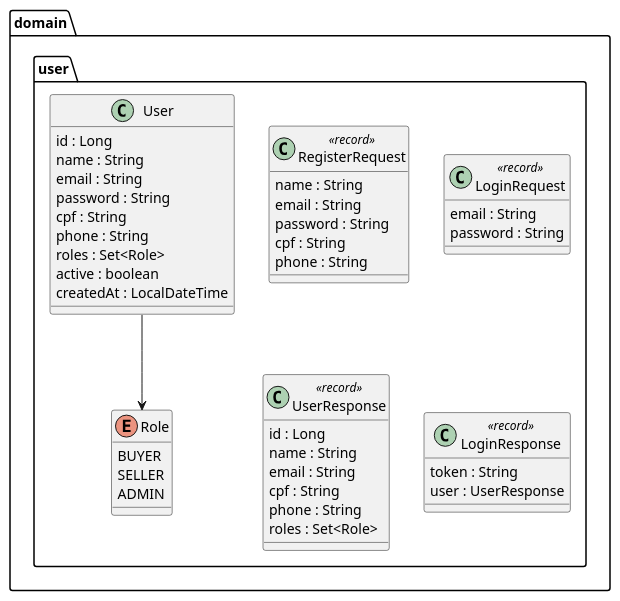
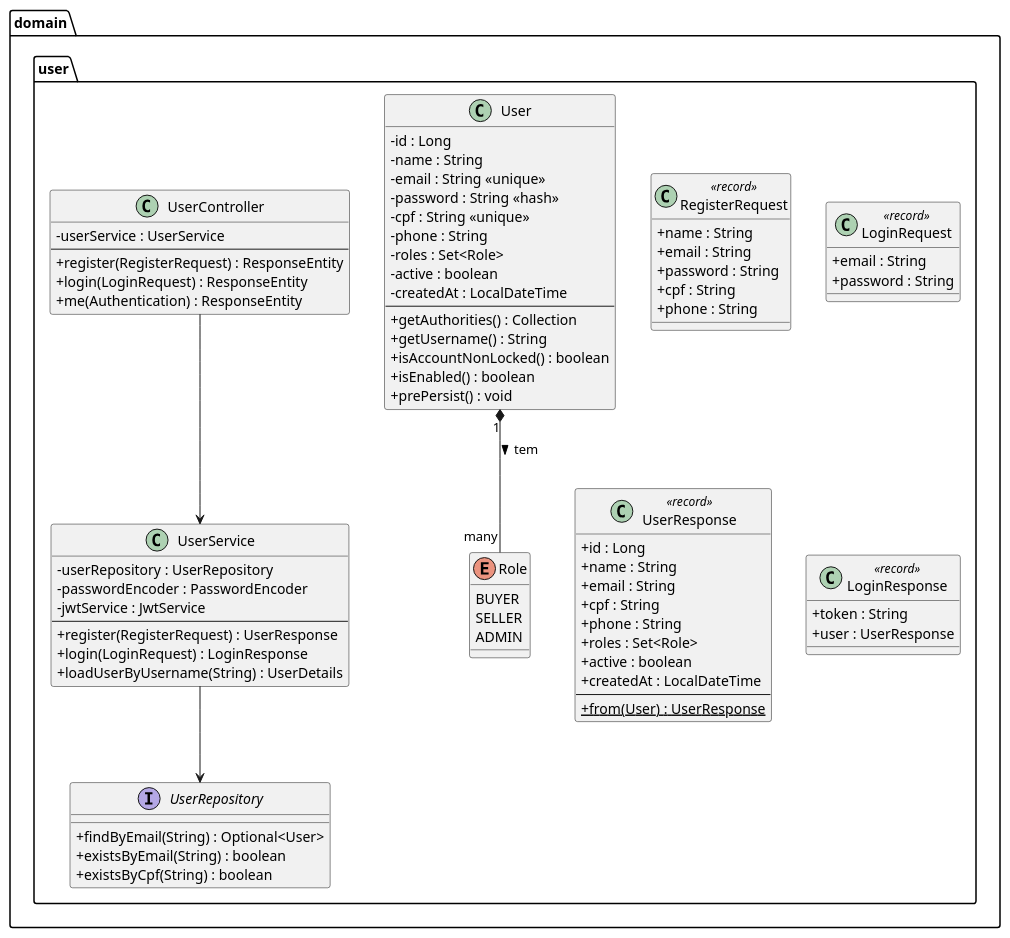
One commit to MiguelMochizukiDev/ecommerce changed the diagram in docs/user-domain.puml. Above: the diagram before and after it, drawn with PlantUML. The commit also changed 9 other files, not shown here.

```diff
--- a/docs/user-domain.puml
+++ b/docs/user-domain.puml
@@ -1,55 +1,90 @@
 @startuml user-domain.puml
-
 skinparam classAttributeIconSize 0
 
 package "domain.user" {
 
     enum Role {
         BUYER
         SELLER
         ADMIN
     }
 
     class User {
-        id : Long
-        name : String
-        email : String
-        password : String
-        cpf : String
-        phone : String
-        roles : Set<Role>
-        active : boolean
-        createdAt : LocalDateTime
+        - id : Long
+        - name : String
+        - email : String <<unique>>
+        - password : String <<hash>>
+        - cpf : String <<unique>>
+        - phone : String
+        - roles : Set<Role>
+        - active : boolean
+        - createdAt : LocalDateTime
+        --
+        + getAuthorities() : Collection
+        + getUsername() : String
+        + isAccountNonLocked() : boolean
+        + isEnabled() : boolean
+        + prePersist() : void
     }
 
     class RegisterRequest <<record>> {
-        name : String
-        email : String
-        password : String
-        cpf : String
-        phone : String
+        + name : String
+        + email : String
+        + password : String
+        + cpf : String
+        + phone : String
     }
 
     class LoginRequest <<record>> {
-        email : String
-        password : String
+        + email : String
+        + password : String
     }
 
     class UserResponse <<record>> {
-        id : Long
-        name : String
-        email : String
-        cpf : String
-        phone : String
-        roles : Set<Role>
+        + id : Long
+        + name : String
+        + email : String
+        + cpf : String
+        + phone : String
+        + roles : Set<Role>
+        + active : boolean
+        + createdAt : LocalDateTime
+        --
+        + {static} from(User) : UserResponse
     }
 
     class LoginResponse <<record>> {
-        token : String
-        user : UserResponse
+        + token : String
+        + user : UserResponse
+    }
+
+    class UserService {
+        - userRepository : UserRepository
+        - passwordEncoder : PasswordEncoder
+        - jwtService : JwtService
+        --
+        + register(RegisterRequest) : UserResponse
+        + login(LoginRequest) : LoginResponse
+        + loadUserByUsername(String) : UserDetails
+    }
+
+    interface UserRepository {
+        + findByEmail(String) : Optional<User>
+        + existsByEmail(String) : boolean
+        + existsByCpf(String) : boolean
+    }
+
+    class UserController {
+        - userService : UserService
+        --
+        + register(RegisterRequest) : ResponseEntity
+        + login(LoginRequest) : ResponseEntity
+        + me(Authentication) : ResponseEntity
     }
 }
 
-User --> Role
+User "1" *-- "many" Role : tem >
+UserController --> UserService
+UserService --> UserRepository
 
 @enduml
```
